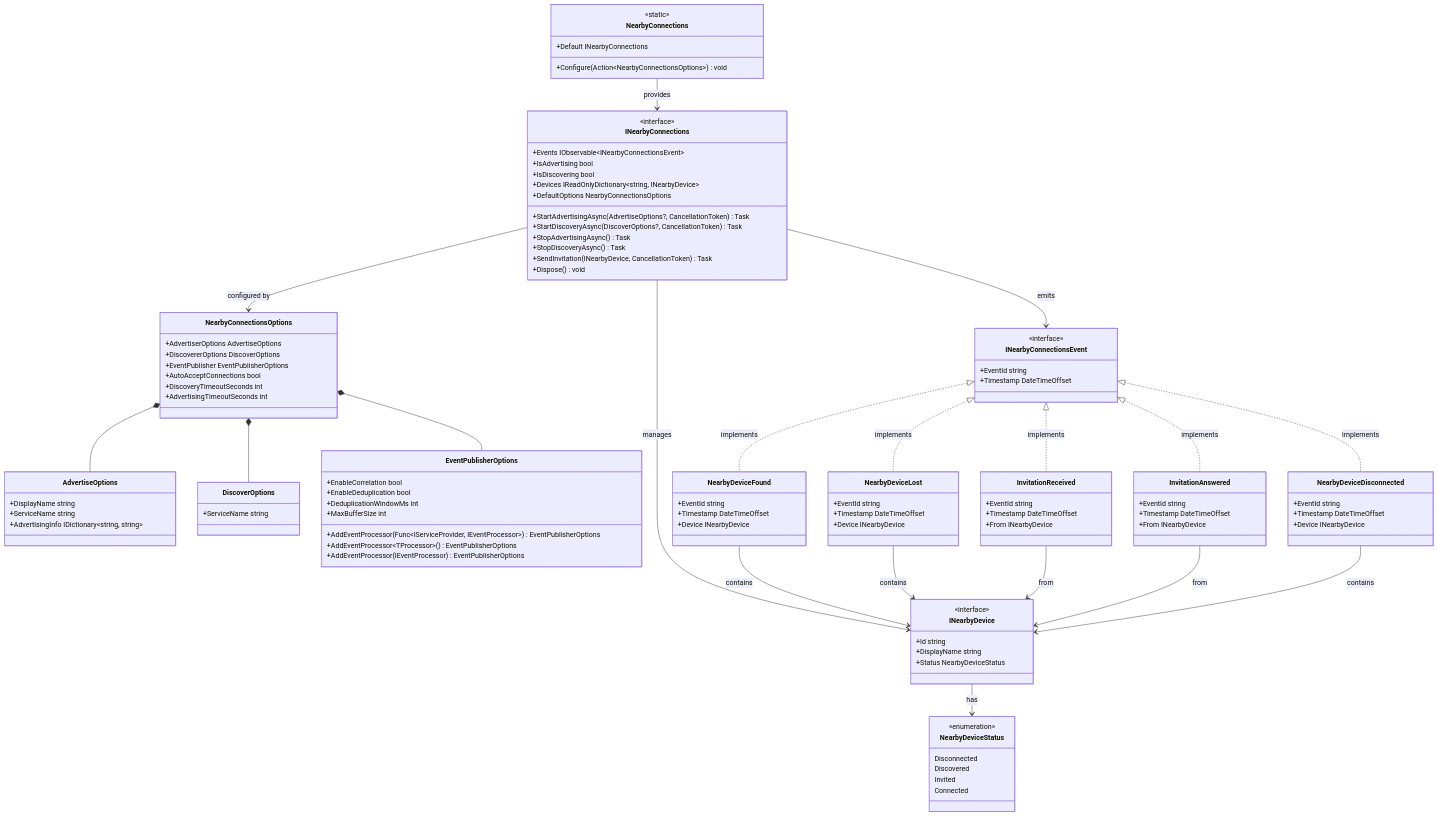
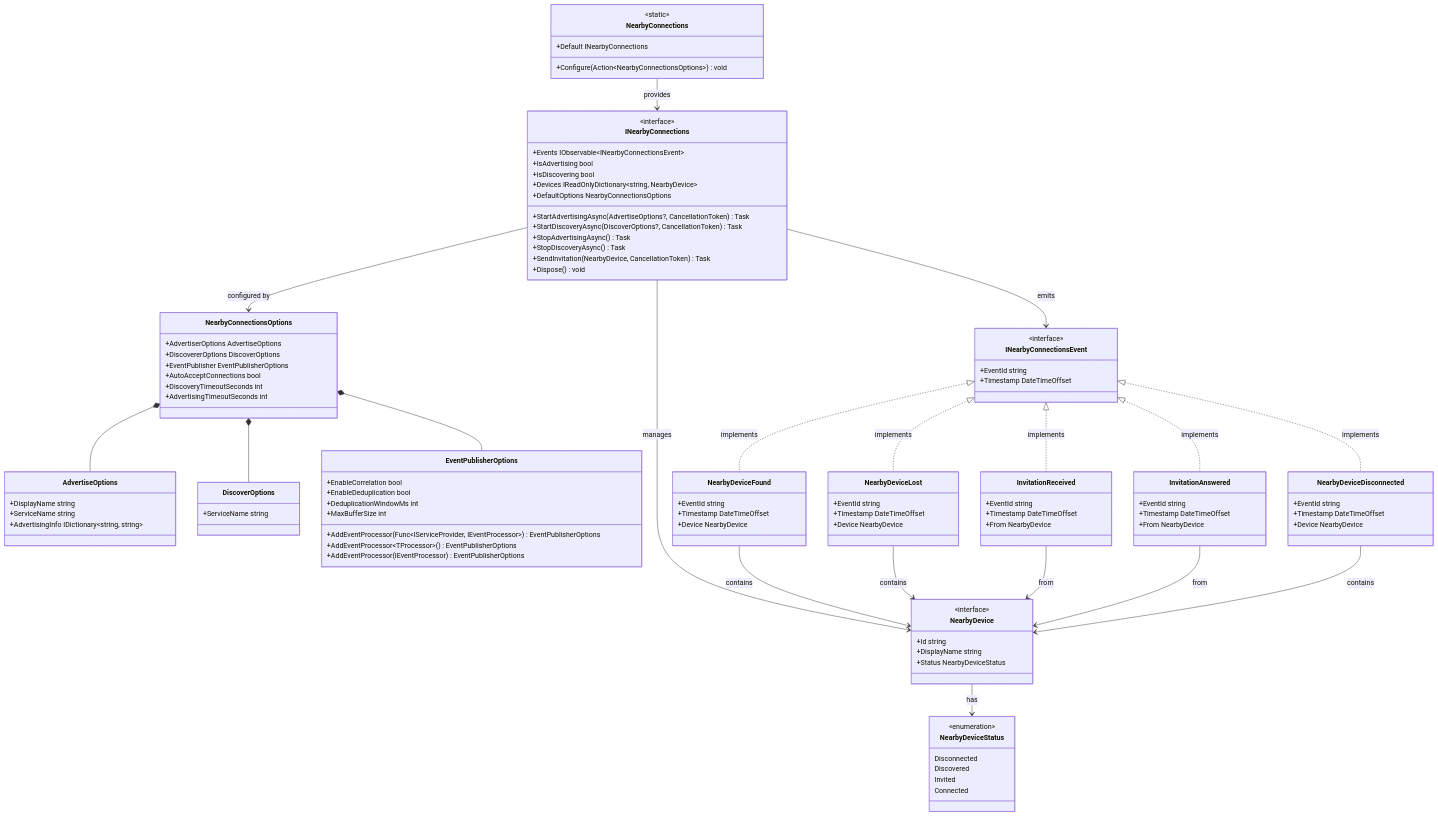
Before and after one commit to phunkeler/Plugin.Maui.NearbyConnections: the diagram in docs/API.mmd, drawn with Mermaid. The commit also changed 12 other files, not shown here.

Commit message:
remove nearby device interface

```diff
--- a/docs/API.mmd
+++ b/docs/API.mmd
@@ -1,130 +1,130 @@
 classDiagram
     %% Main Entry Points
     class NearbyConnections {
         <<static>>
         +Configure(Action~NearbyConnectionsOptions~) void
         +Default INearbyConnections
     }
 
     %% Core Interface
     class INearbyConnections {
         <<interface>>
         +Events IObservable~INearbyConnectionsEvent~
         +IsAdvertising bool
         +IsDiscovering bool
-        +Devices IReadOnlyDictionary~string, INearbyDevice~
+        +Devices IReadOnlyDictionary~string, NearbyDevice~
         +DefaultOptions NearbyConnectionsOptions
         +StartAdvertisingAsync(AdvertiseOptions?, CancellationToken) Task
         +StartDiscoveryAsync(DiscoverOptions?, CancellationToken) Task
         +StopAdvertisingAsync() Task
         +StopDiscoveryAsync() Task
-        +SendInvitation(INearbyDevice, CancellationToken) Task
+        +SendInvitation(NearbyDevice, CancellationToken) Task
         +Dispose() void
     }
 
     %% Configuration
     class NearbyConnectionsOptions {
         +AdvertiserOptions AdvertiseOptions
         +DiscovererOptions DiscoverOptions
         +EventPublisher EventPublisherOptions
         +AutoAcceptConnections bool
         +DiscoveryTimeoutSeconds int
         +AdvertisingTimeoutSeconds int
     }
 
     class AdvertiseOptions {
         +DisplayName string
         +ServiceName string
         +AdvertisingInfo IDictionary~string, string~
     }
 
     class DiscoverOptions {
         +ServiceName string
     }
 
     class EventPublisherOptions {
         +EnableCorrelation bool
         +EnableDeduplication bool
         +DeduplicationWindowMs int
         +MaxBufferSize int
         +AddEventProcessor(Func~IServiceProvider, IEventProcessor~) EventPublisherOptions
         +AddEventProcessor~TProcessor~() EventPublisherOptions
         +AddEventProcessor(IEventProcessor) EventPublisherOptions
     }
 
     %% Device Model
-    class INearbyDevice {
+    class NearbyDevice {
         <<interface>>
         +Id string
         +DisplayName string
         +Status NearbyDeviceStatus
     }
 
     class NearbyDeviceStatus {
         <<enumeration>>
         Disconnected
         Discovered
         Invited
         Connected
     }
 
     %% Events
     class INearbyConnectionsEvent {
         <<interface>>
         +EventId string
         +Timestamp DateTimeOffset
     }
 
     class NearbyDeviceFound {
         +EventId string
         +Timestamp DateTimeOffset
-        +Device INearbyDevice
+        +Device NearbyDevice
     }
 
     class NearbyDeviceLost {
         +EventId string
         +Timestamp DateTimeOffset
-        +Device INearbyDevice
+        +Device NearbyDevice
     }
 
     class InvitationReceived {
         +EventId string
         +Timestamp DateTimeOffset
-        +From INearbyDevice
+        +From NearbyDevice
     }
 
     class InvitationAnswered {
         +EventId string
         +Timestamp DateTimeOffset
-        +From INearbyDevice
+        +From NearbyDevice
     }
 
     class NearbyDeviceDisconnected {
         +EventId string
         +Timestamp DateTimeOffset
-        +Device INearbyDevice
+        +Device NearbyDevice
     }
 
     %% Relationships
     NearbyConnections --> INearbyConnections : provides
     INearbyConnections --> NearbyConnectionsOptions : configured by
-    INearbyConnections --> INearbyDevice : manages
+    INearbyConnections --> NearbyDevice : manages
     INearbyConnections --> INearbyConnectionsEvent : emits
 
     NearbyConnectionsOptions *-- AdvertiseOptions
     NearbyConnectionsOptions *-- DiscoverOptions
     NearbyConnectionsOptions *-- EventPublisherOptions
 
-    INearbyDevice --> NearbyDeviceStatus : has
+    NearbyDevice --> NearbyDeviceStatus : has
 
     INearbyConnectionsEvent <|.. NearbyDeviceFound : implements
     INearbyConnectionsEvent <|.. NearbyDeviceLost : implements
     INearbyConnectionsEvent <|.. InvitationReceived : implements
     INearbyConnectionsEvent <|.. InvitationAnswered : implements
     INearbyConnectionsEvent <|.. NearbyDeviceDisconnected : implements
 
-    NearbyDeviceFound --> INearbyDevice : contains
-    NearbyDeviceLost --> INearbyDevice : contains
-    InvitationReceived --> INearbyDevice : from
-    InvitationAnswered --> INearbyDevice : from
-    NearbyDeviceDisconnected --> INearbyDevice : contains
+    NearbyDeviceFound --> NearbyDevice : contains
+    NearbyDeviceLost --> NearbyDevice : contains
+    InvitationReceived --> NearbyDevice : from
+    InvitationAnswered --> NearbyDevice : from
+    NearbyDeviceDisconnected --> NearbyDevice : contains
```
